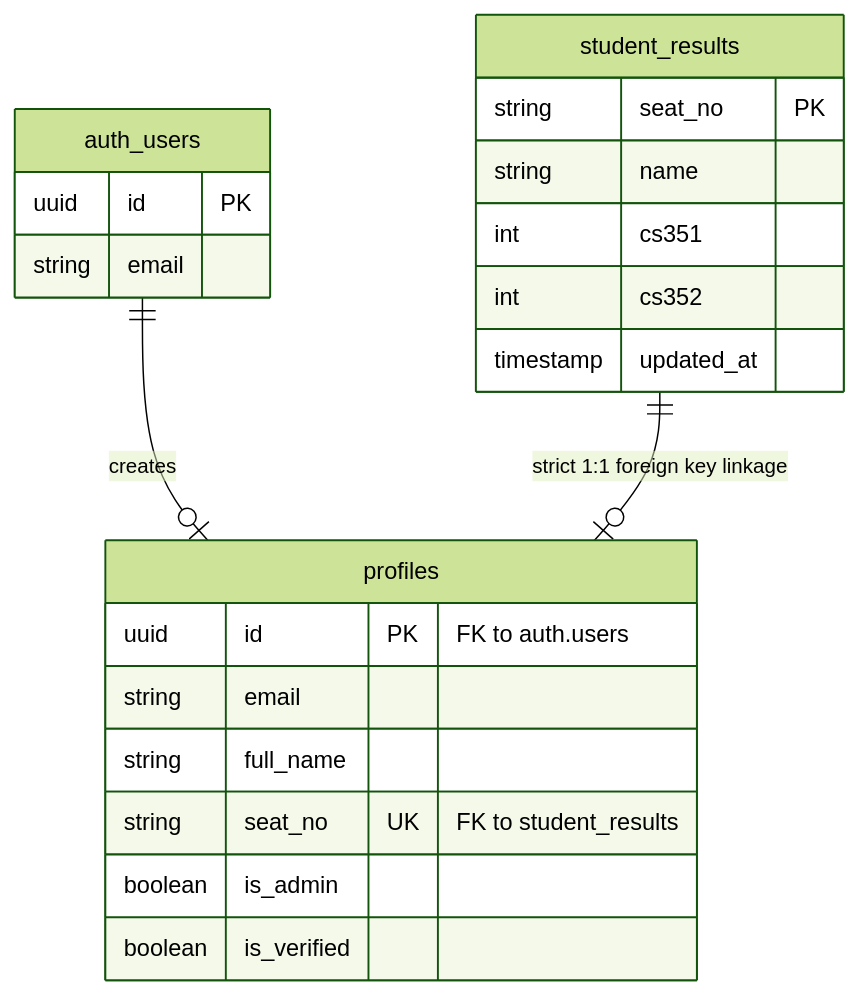
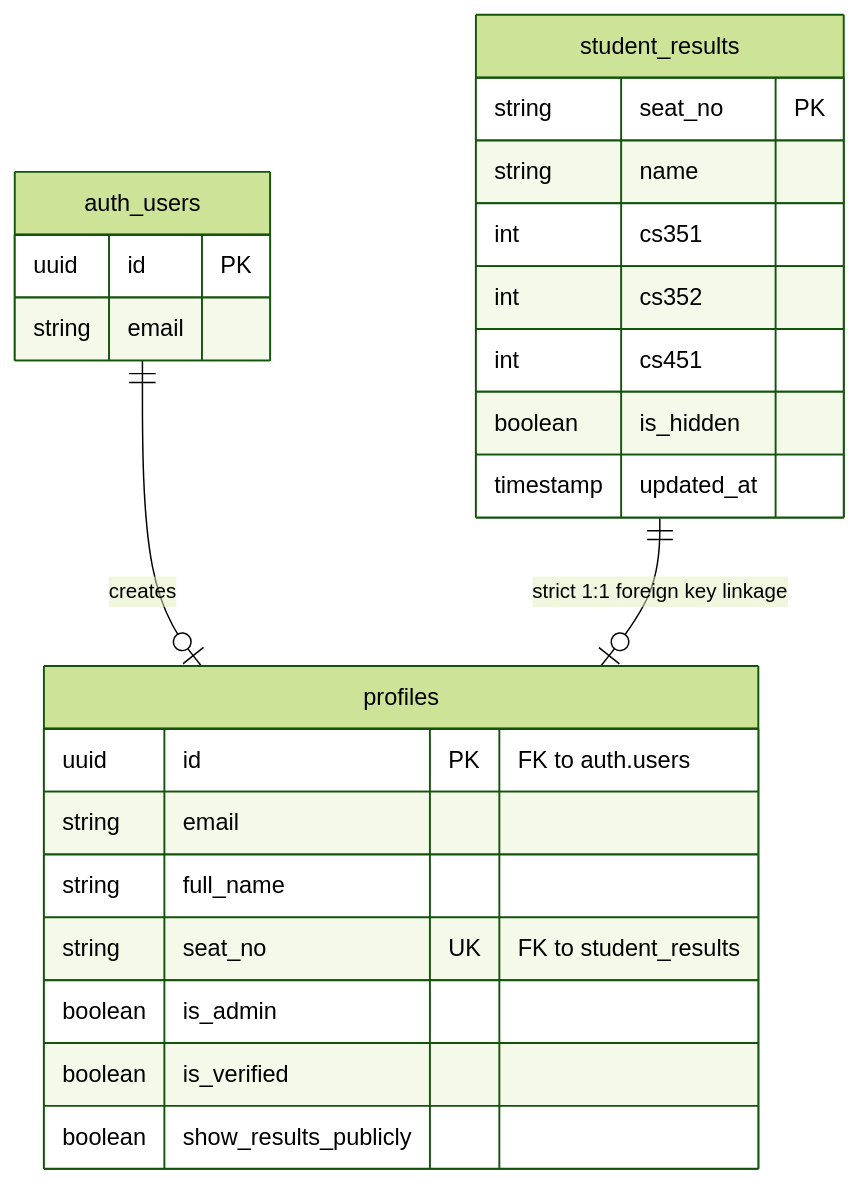
One commit to Asad101001/ubit-gpa-calculator changed the second of 2 diagrams in README.md. Above: the diagram before and after it, drawn with Mermaid (forest theme). The commit also changed other lines of this file and 10 other files, not shown here.

````diff
--- a/README.md
+++ b/README.md
@@ -89,27 +96,30 @@
 ```mermaid
 erDiagram
     auth_users {
         uuid id PK
         string email
     }
     
     profiles {
         uuid id PK "FK to auth.users"
         string email
         string full_name
         string seat_no UK "FK to student_results"
         boolean is_admin
         boolean is_verified
+        boolean show_results_publicly
     }
     
     student_results {
         string seat_no PK
         string name
         int cs351
         int cs352
+        int cs451
+        boolean is_hidden
         timestamp updated_at
     }
     
     auth_users ||--o| profiles : "creates"
     student_results ||--o| profiles : "strict 1:1 foreign key linkage"
 ```
````
